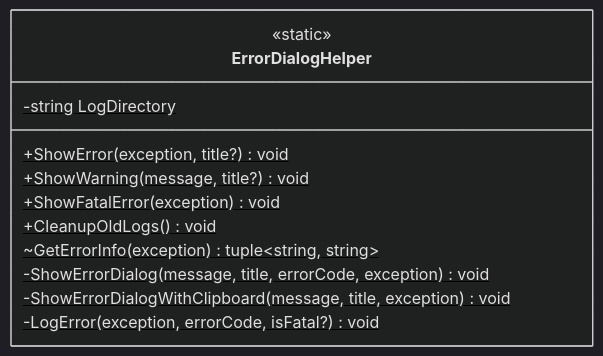
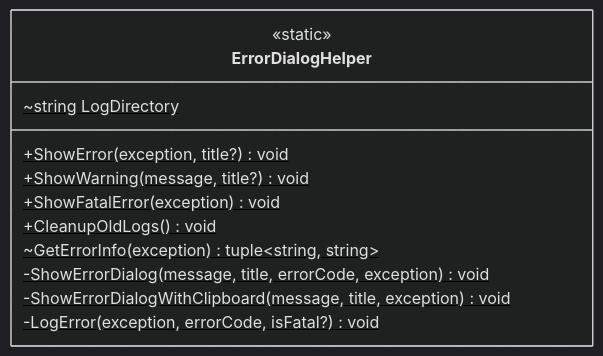
One commit to kuwayamamasayuki/ICCardManager changed diagram 44 of 53 in ICCardManager/docs/design/05_クラス設計書.md. Above: the diagram before and after it, drawn with Mermaid (dark theme). The commit also changed other lines of this file and 19 other files, not shown here.

````diff
--- a/ICCardManager/docs/design/05_クラス設計書.md
+++ b/ICCardManager/docs/design/05_クラス設計書.md
@@ -2803,15 +2829,15 @@
 ```mermaid
 classDiagram
     class ErrorDialogHelper {
         <<static>>
-        -string LogDirectory$
+        ~string LogDirectory$
         +ShowError(exception, title?)$ void
         +ShowWarning(message, title?)$ void
         +ShowFatalError(exception)$ void
         +CleanupOldLogs()$ void
         ~GetErrorInfo(exception)$ tuple~string, string~
         -ShowErrorDialog(message, title, errorCode, exception)$ void
         -ShowErrorDialogWithClipboard(message, title, exception)$ void
         -LogError(exception, errorCode, isFatal?)$ void
     }
 ```
````
